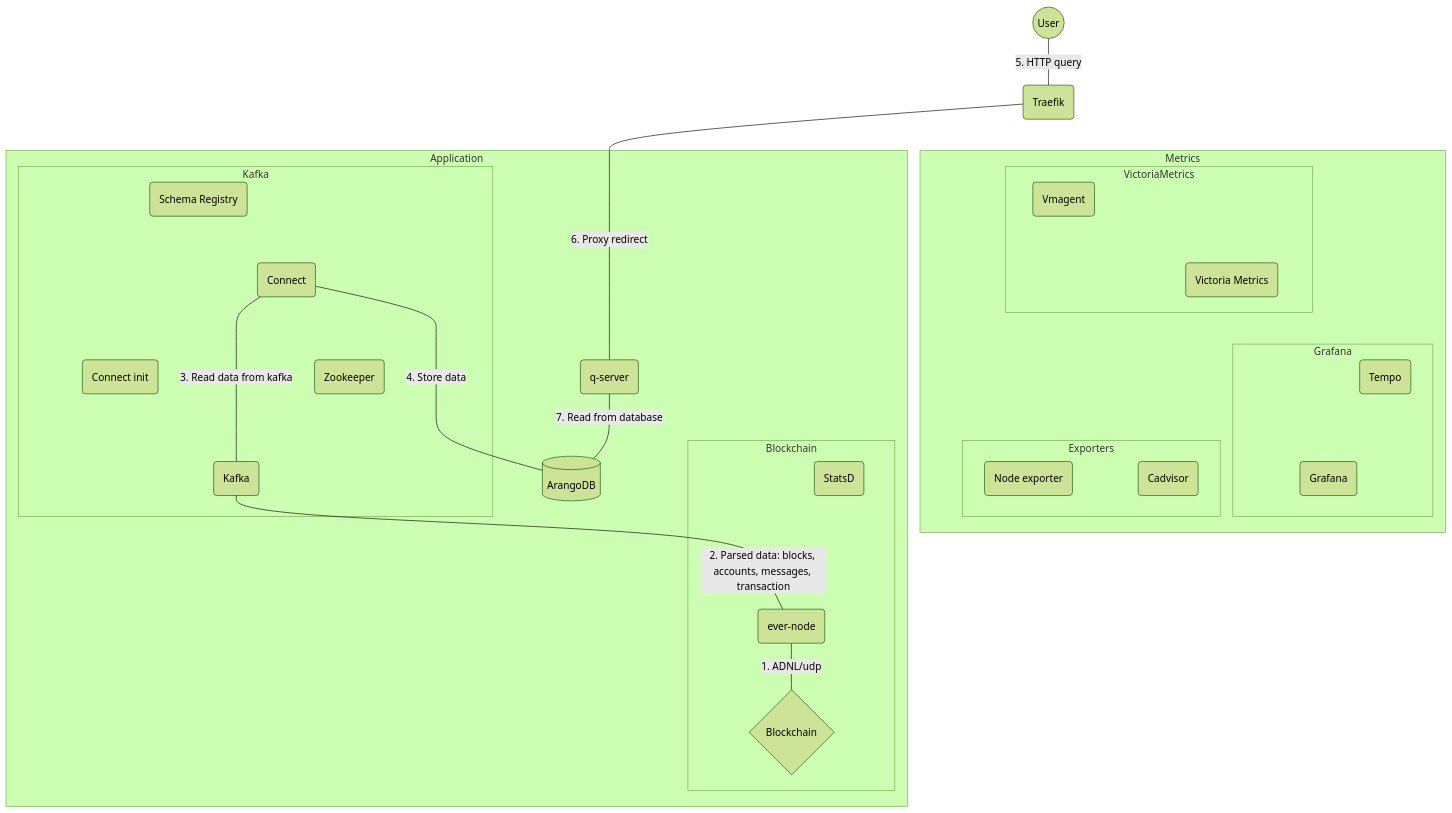
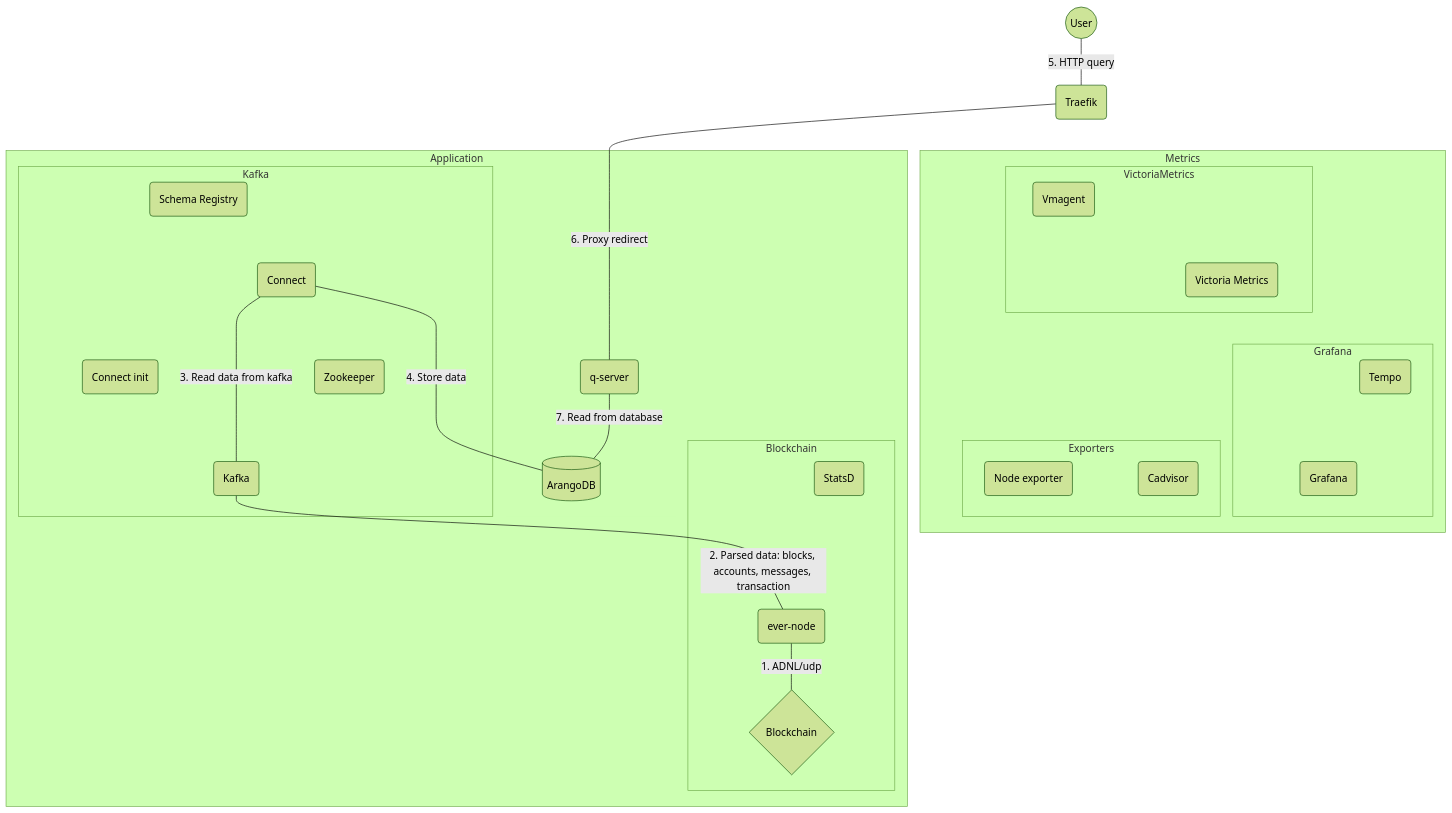
Before and after one commit to treeton-org/application-server: the second of 2 diagrams in README.md, drawn with Mermaid (forest theme). The commit also changed other lines of this file and 4 other files, not shown here.

Commit message:
ci: Disconnect schema-registry from traefik

````diff
--- a/README.md
+++ b/README.md
@@ -149,71 +149,71 @@
 ```mermaid
 flowchart TD
     subgraph Metrics
         VictoriaMetrics
         Exporters
         Grafana
     end
 
         subgraph VictoriaMetrics
             vmagent(Vmagent)
             victoria-metrics(Victoria Metrics)
             vmagent~~~victoria-metrics
         end
 
         subgraph Grafana
             tempo(Tempo)
             grafana(Grafana)
             tempo~~~grafana
         end
 
         subgraph Exporters
             node-exporter(Node exporter)
             cadvisor(Cadvisor)
         end
 
     subgraph Application
         Kafka
         QueryServer
         Blockchain
     end
 
         subgraph Kafka
             zookeeper(Zookeeper)
             kafka(Kafka)
             schema-registry(Schema Registry)
             connect-init(Connect init)
             connect(Connect)
             zookeeper~~~kafka
             connect~~~connect-init & zookeeper
             connect---|3. Read data from kafka|kafka
             connect-init~~~kafka
             schema-registry~~~kafka & connect
         end
 
         subgraph QueryServer
             q-server(q-server)
             arangodb[(ArangoDB)]
            q-server---|7. Read from database|arangodb
         end
         style QueryServer color:transparent,stroke:transparent
 
         subgraph Blockchain
             statsd(StatsD)
             ever-node(ever-node)
             blockchain{Blockchain}
             statsd~~~ever-node---|1. ADNL/udp|blockchain
         end
 
 
     user((User))
     traefik(Traefik)
 
     user---|5. HTTP query|traefik
-    traefik~~~arangodb & tempo & schema-registry & vmagent & victoria-metrics & statsd & node-exporter & cadvisor & grafana
+    traefik~~~arangodb & tempo & vmagent & victoria-metrics & statsd & node-exporter & cadvisor & grafana
     traefik---|6. Proxy redirect|q-server
     kafka---|2. Parsed data: blocks, accounts, messages, transaction|ever-node
     connect---|4. Store data|arangodb
     q-server~~~kafka
     vmagent~~~~~grafana & statsd & node-exporter & cadvisor & arangodb
     victoria-metrics~~~grafana
 ```
````
